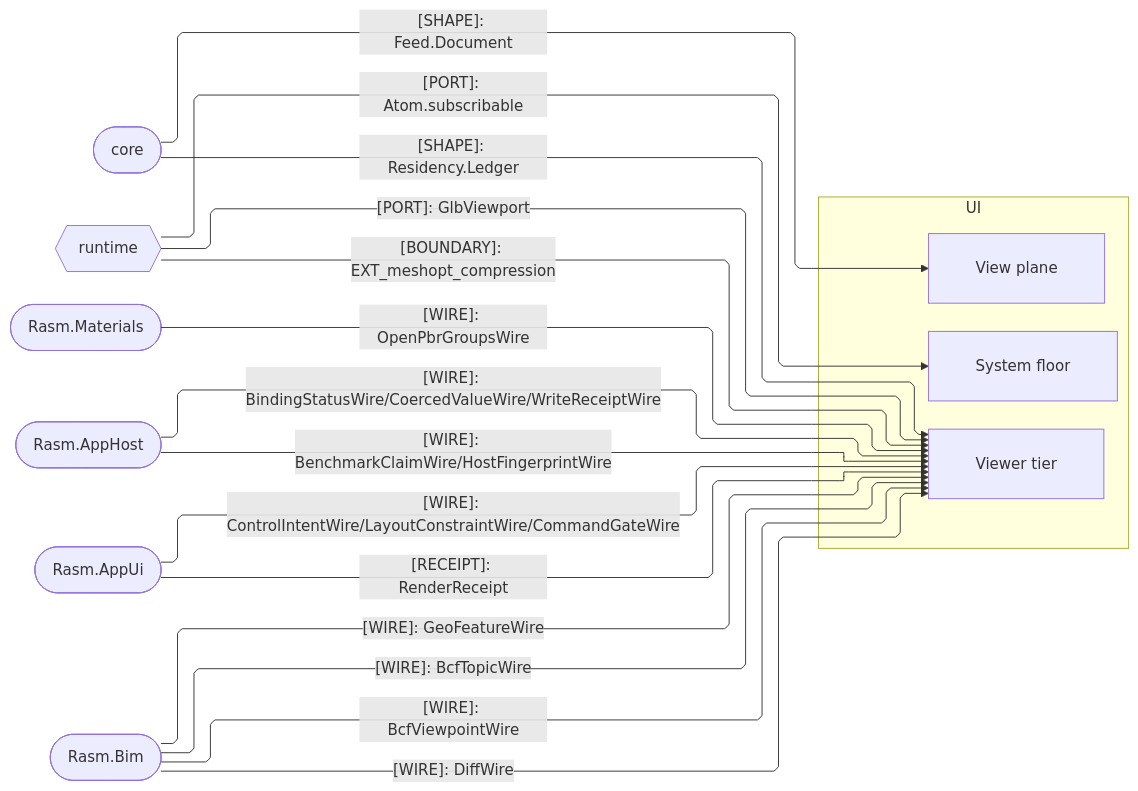
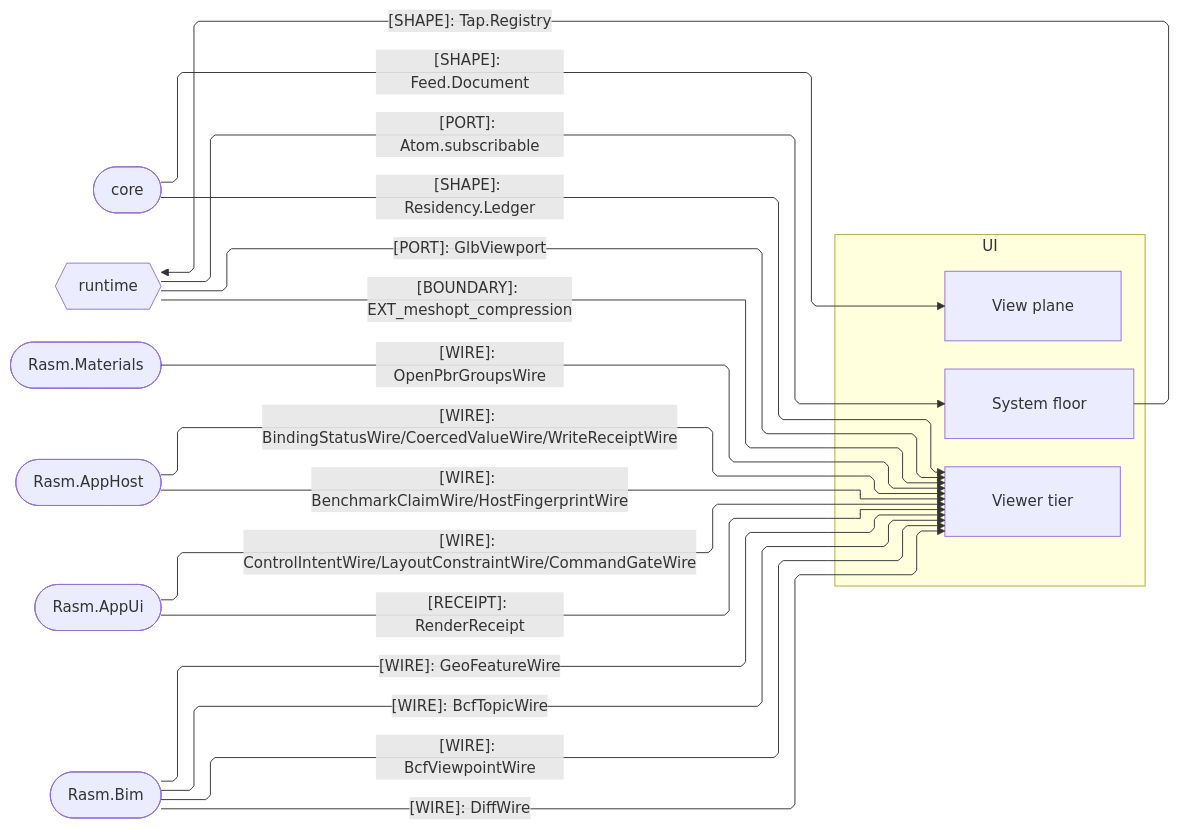
One commit to bsamiee/Rasm changed the second of 2 diagrams in libs/typescript/ui/ARCHITECTURE.md. Above: the diagram before and after it, drawn with Mermaid. The commit also changed 124 other files, not shown here.

First line of the commit message:
planning registries: ARCHITECTURE/README/IDEAS/TASKLOG/RULINGS + csproj, campaign-method, CLAUDE.md

````diff
--- a/libs/typescript/ui/ARCHITECTURE.md
+++ b/libs/typescript/ui/ARCHITECTURE.md
@@ -84,37 +84,38 @@
 ```mermaid
 ---
 config:
   layout: elk
   flowchart:
     curve: linear
     padding: 25
 ---
 flowchart LR
     accTitle: UI package seam registry
     accDescr: UI sub-domain owners exchanging value, wire, port, boundary, and receipt contracts with the core, runtime, Materials, AppHost, AppUi, and Bim packages, edge rails colored by kind and nodes classed by seam direction.
     subgraph ui[UI]
         System[System floor]
         View[View plane]
         Viewer[Viewer tier]
     end
     Core([core])
     Runtime{{runtime}}
     Materials([Rasm.Materials])
     AppHost([Rasm.AppHost])
     AppUi([Rasm.AppUi])
     Bim([Rasm.Bim])
     Core e1@-->|"[SHAPE]: Feed.Document"| View
     Core e12@-->|"[SHAPE]: Residency.Ledger"| Viewer
     Runtime e2@-->|"[PORT]: Atom.subscribable"| System
     Runtime e3@-->|"[PORT]: GlbViewport"| Viewer
     Runtime e4@-->|"[BOUNDARY]: EXT_meshopt_compression"| Viewer
     Materials e5@-->|"[WIRE]: OpenPbrGroupsWire"| Viewer
     AppHost e6@-->|"[WIRE]: BindingStatusWire/CoercedValueWire/WriteReceiptWire"| Viewer
     AppHost e13@-->|"[WIRE]: BenchmarkClaimWire/HostFingerprintWire"| Viewer
     AppUi e7@-->|"[WIRE]: ControlIntentWire/LayoutConstraintWire/CommandGateWire"| Viewer
     AppUi e8@-->|"[RECEIPT]: RenderReceipt"| Viewer
     Bim e9@-->|"[WIRE]: BcfTopicWire"| Viewer
     Bim e10@-->|"[WIRE]: BcfViewpointWire"| Viewer
     Bim e11@-->|"[WIRE]: DiffWire"| Viewer
     Bim e14@-->|"[WIRE]: GeoFeatureWire"| Viewer
+    System e15@-->|"[SHAPE]: Tap.Registry"| Runtime
 ```
````
